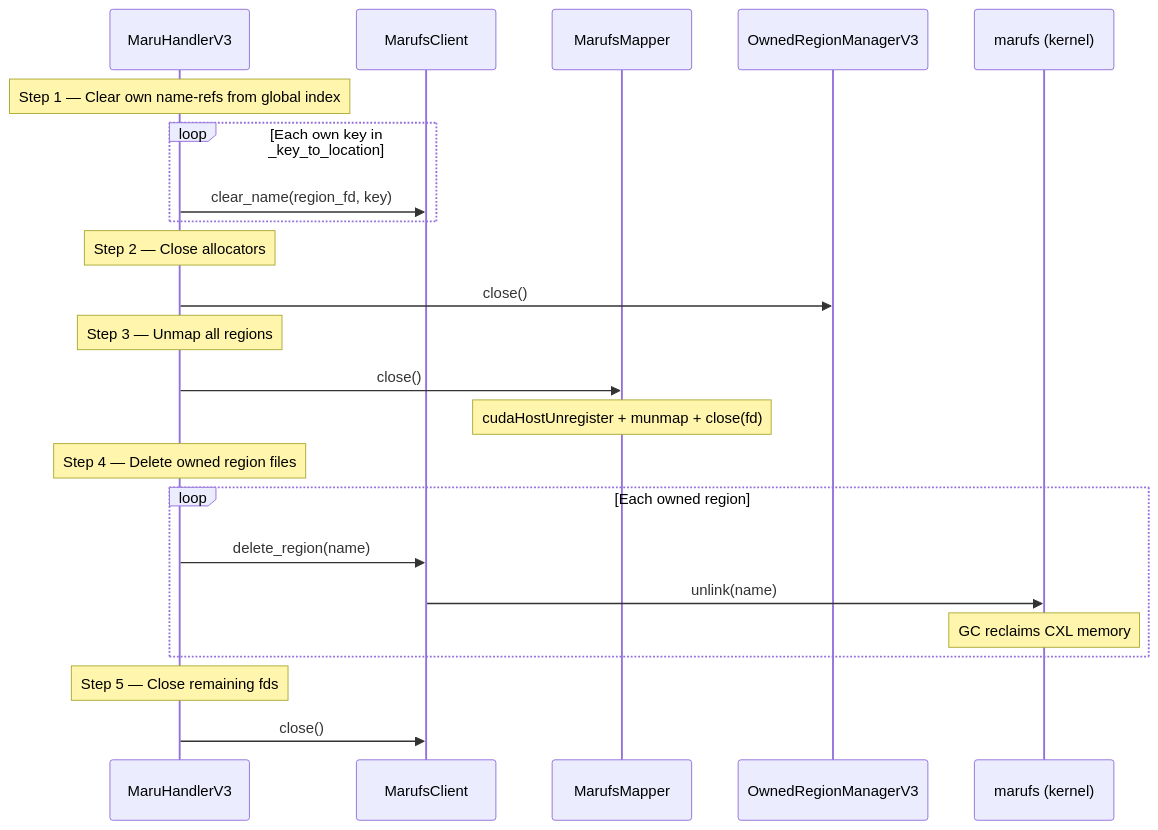
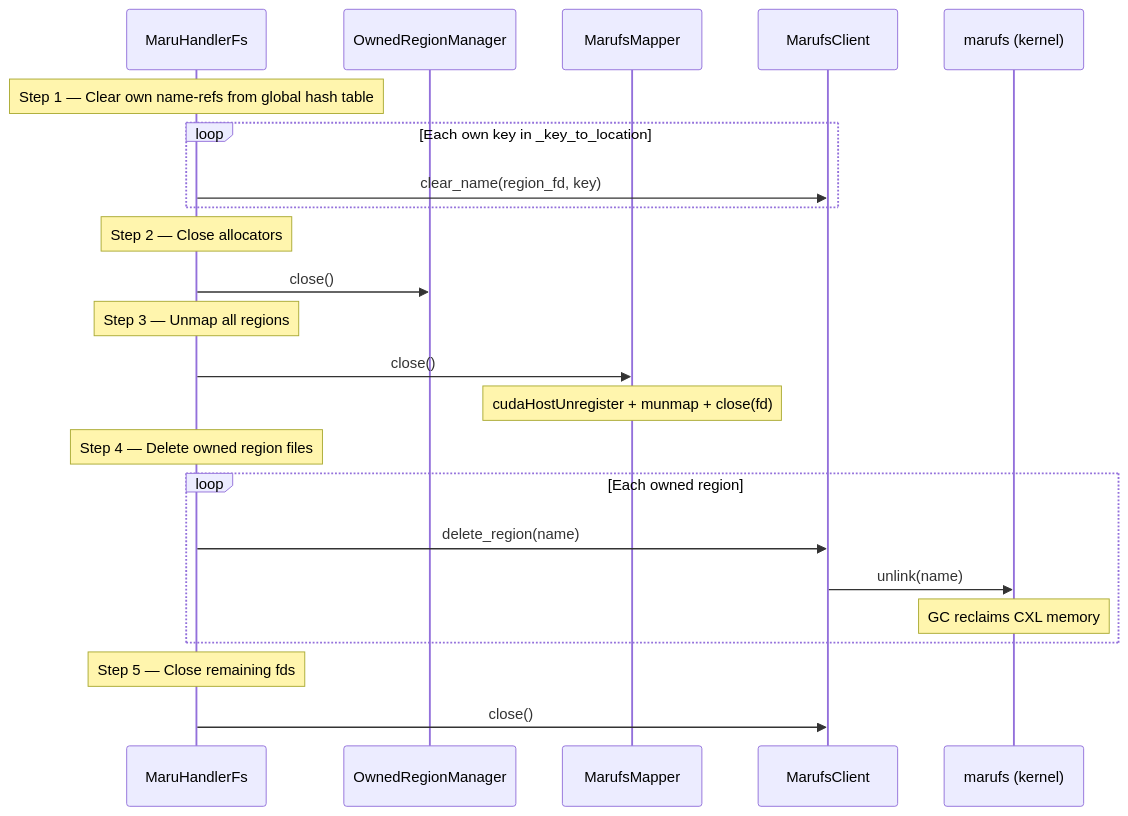
One commit to xcena-dev/maru changed the seventh of 9 diagrams in docs/source/design_doc/maru_fs.md. Above: the diagram before and after it, drawn with Mermaid. The commit also changed other lines of this file, not shown here.

Commit message:
docs: update marufs design doc with VFS architecture details

````diff
--- a/docs/source/design_doc/maru_fs.md
+++ b/docs/source/design_doc/maru_fs.md
@@ -182,30 +256,30 @@
 ```mermaid
 sequenceDiagram
-    participant H as MaruHandlerV3
+    participant H as MaruHandlerFs
+    participant ORM as OwnedRegionManager
+    participant XM as MarufsMapper
     participant XC as MarufsClient
-    participant XM as MarufsMapper
-    participant ORM as OwnedRegionManagerV3
     participant K as marufs (kernel)
 
-    Note over H: Step 1 — Clear own name-refs from global index
+    Note over H: Step 1 — Clear own name-refs from global hash table
     loop Each own key in _key_to_location
         H->>XC: clear_name(region_fd, key)
     end
 
     Note over H: Step 2 — Close allocators
     H->>ORM: close()
 
     Note over H: Step 3 — Unmap all regions
     H->>XM: close()
     Note over XM: cudaHostUnregister + munmap + close(fd)
 
     Note over H: Step 4 — Delete owned region files
     loop Each owned region
         H->>XC: delete_region(name)
         XC->>K: unlink(name)
         Note over K: GC reclaims CXL memory
     end
 
     Note over H: Step 5 — Close remaining fds
     H->>XC: close()
 ```
````
